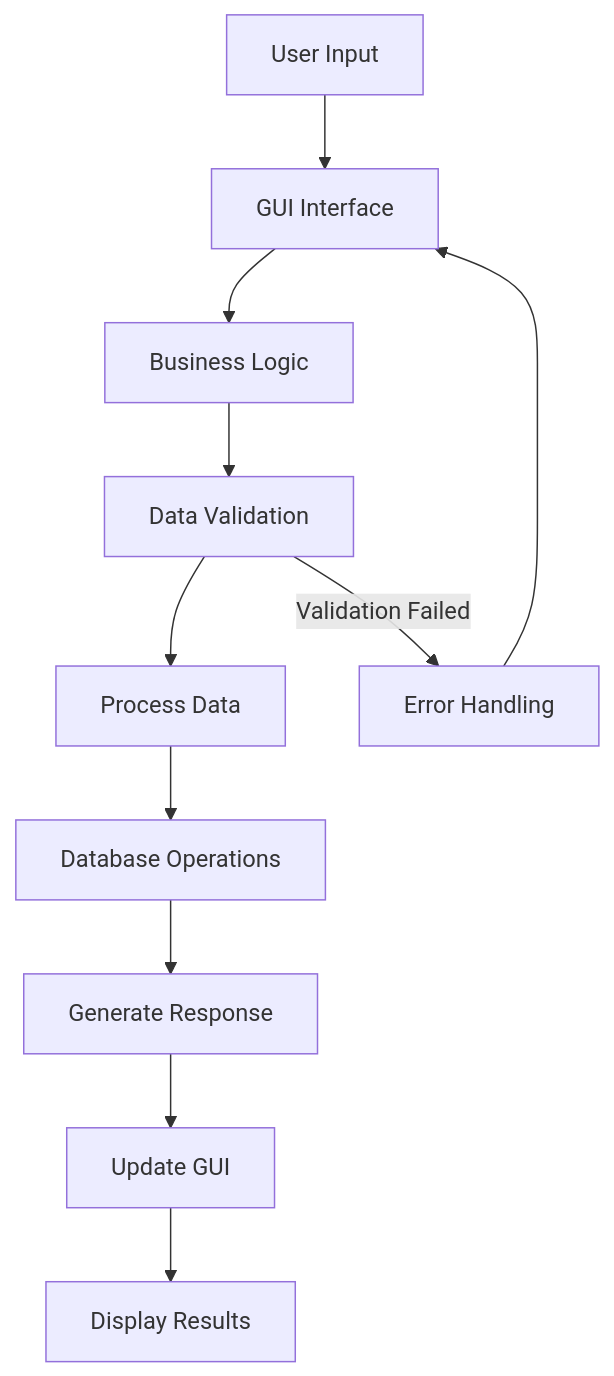
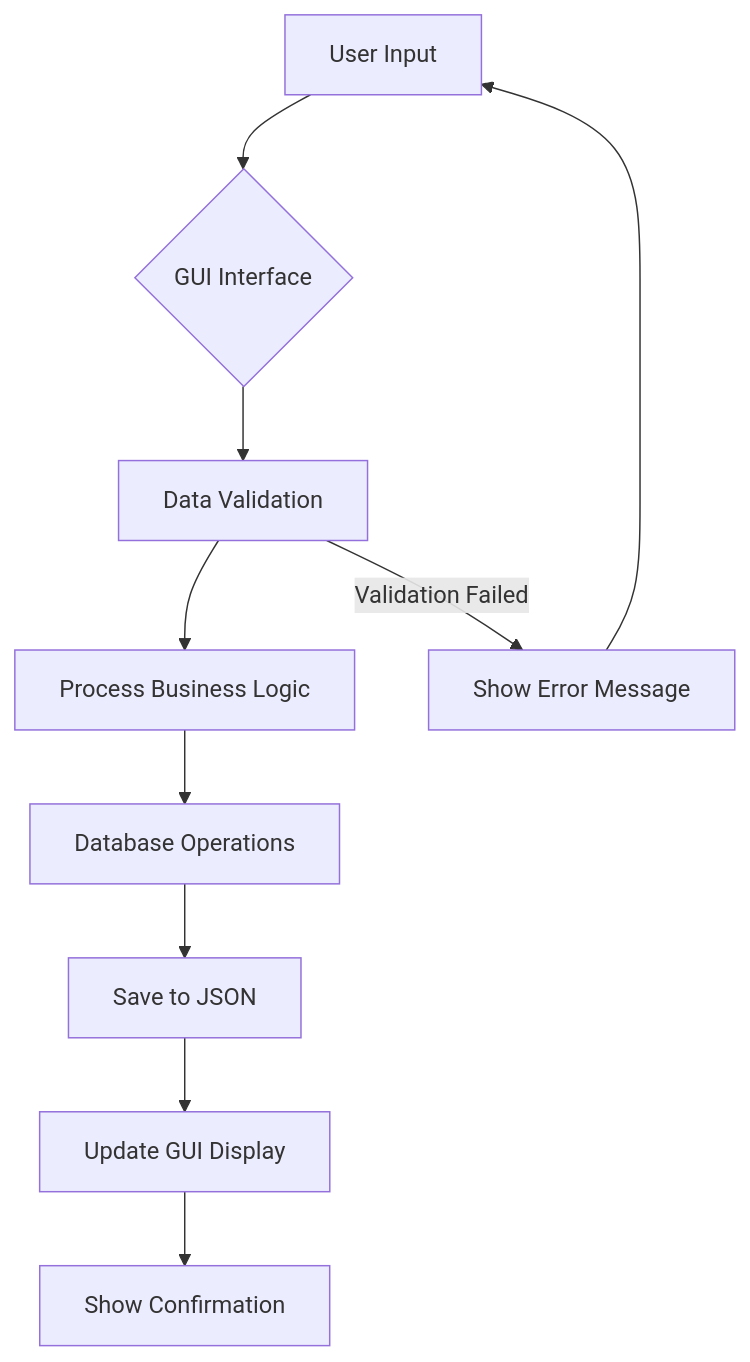
The diagram in README.md (Chrisimana/Student-Management-System), drawn with Mermaid before and after one commit. The commit also changed other lines of this file, not shown here.

````diff
--- a/README.md
+++ b/README.md
@@ -55,14 +163,13 @@
 ```mermaid
 graph TD
-    A[User Input] --> B[GUI Interface]
-    B --> C[Business Logic]
-    C --> D[Data Validation]
-    D --> E[Process Data]
-    E --> F[Database Operations]
-    F --> G[Generate Response]
-    G --> H[Update GUI]
-    H --> I[Display Results]
+    A[User Input] --> B{GUI Interface}
+    B --> C[Data Validation]
+    C --> D[Process Business Logic]
+    D --> E[Database Operations]
+    E --> F[Save to JSON]
+    F --> G[Update GUI Display]
+    G --> H[Show Confirmation]
     
-    D -->|Validation Failed| J[Error Handling]
-    J --> B
+    C -->|Validation Failed| I[Show Error Message]
+    I --> A
 ```
````
